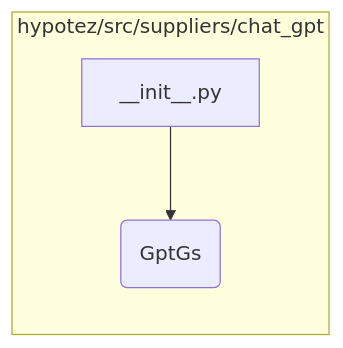
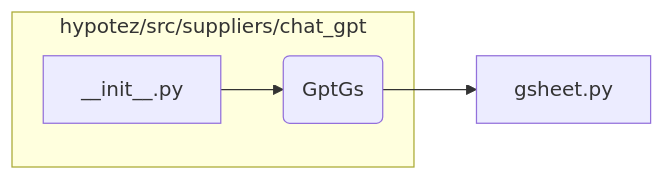
The second of 2 diagrams in docs/gemini/ru/explainer/src/suppliers/chat_gpt/__init__.md (hypo69/hypo), drawn with Mermaid before and after one commit. The commit also changed other lines of this file and 468 other files, not shown here.

````diff
--- a/docs/gemini/ru/explainer/src/suppliers/chat_gpt/__init__.md
+++ b/docs/gemini/ru/explainer/src/suppliers/chat_gpt/__init__.md
@@ -34,6 +34,7 @@
 ```mermaid
 graph LR
     subgraph "hypotez/src/suppliers/chat_gpt"
         A[__init__.py] --> B(GptGs);
     end
+    B --> C[gsheet.py]
 ```
````
